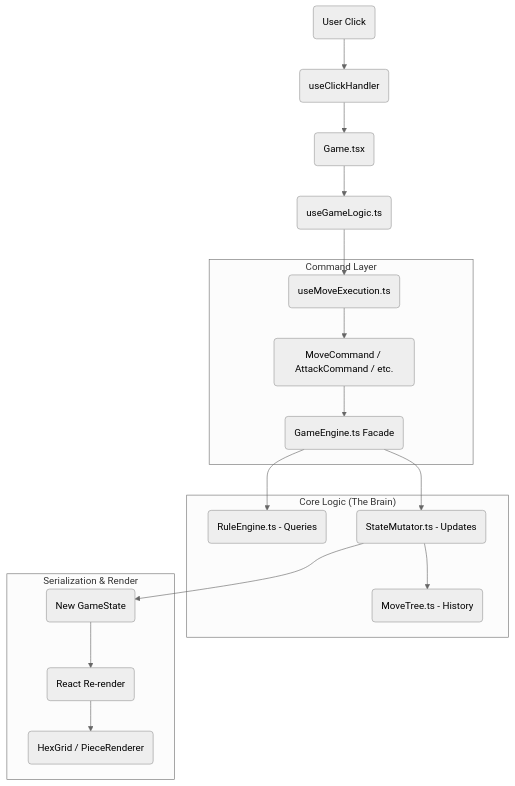
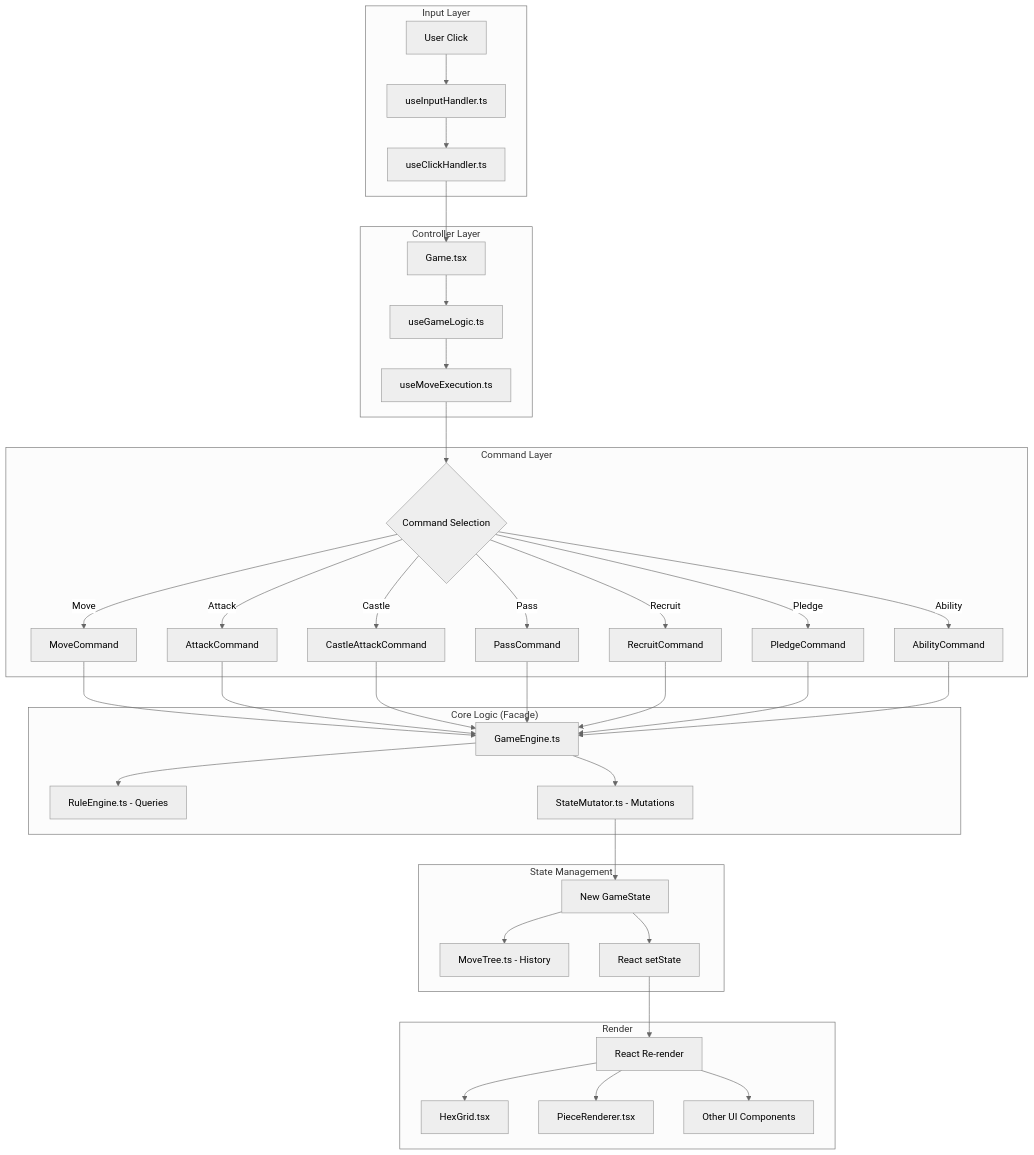
One commit to LiamLlamazares/Castles changed the first of 2 diagrams in info/ANALYSIS_ARCHITECTURE.md. Above: the diagram before and after it, drawn with Mermaid (neutral theme). The commit also changed other lines of this file and 4 other files, not shown here.

````diff
--- a/info/ANALYSIS_ARCHITECTURE.md
+++ b/info/ANALYSIS_ARCHITECTURE.md
@@ -46,24 +63,43 @@
 ```mermaid
 graph TD
-    User(User Click) --> InputHandler(useClickHandler)
-    InputHandler --> GameComp(Game.tsx)
-    GameComp --> LogicHook(useGameLogic.ts)
-    LogicHook --> MoveExec(useMoveExecution.ts)
+    subgraph "Input Layer"
+        User[User Click] --> InputHandler[useInputHandler.ts]
+        InputHandler --> ClickHandler[useClickHandler.ts]
+    end
+    
+    subgraph "Controller Layer"
+        ClickHandler --> GameComp[Game.tsx]
+        GameComp --> LogicHook[useGameLogic.ts]
+        LogicHook --> MoveExec[useMoveExecution.ts]
+    end
     
     subgraph "Command Layer"
-        MoveExec --> Cmd(MoveCommand / AttackCommand / etc.)
-        Cmd --> GE(GameEngine.ts Facade)
+        MoveExec --> Cmd{Command Selection}
+        Cmd --> |Move| MoveCMD[MoveCommand]
+        Cmd --> |Attack| AtkCMD[AttackCommand]
+        Cmd --> |Castle| CstCMD[CastleAttackCommand]
+        Cmd --> |Pass| PassCMD[PassCommand]
+        Cmd --> |Recruit| RecCMD[RecruitCommand]
+        Cmd --> |Pledge| PlgCMD[PledgeCommand]
+        Cmd --> |Ability| AbCMD[AbilityCommand]
     end
     
-    subgraph "Core Logic (The Brain)"
-        GE --> RuleEngine(RuleEngine.ts - Queries)
-        GE --> StateMutator(StateMutator.ts - Updates)
-        StateMutator --> MoveTree(MoveTree.ts - History)
+    subgraph "Core Logic (Facade)"
+        MoveCMD & AtkCMD & CstCMD & PassCMD & RecCMD & PlgCMD & AbCMD --> GE[GameEngine.ts]
+        GE --> RuleEngine[RuleEngine.ts - Queries]
+        GE --> StateMutator[StateMutator.ts - Mutations]
     end
     
-    subgraph "Serialization & Render"
-        StateMutator --> NewState(New GameState)
-        NewState --> ReactRender(React Re-render)
-        ReactRender --> UI(HexGrid / PieceRenderer)
+    subgraph "State Management"
+        StateMutator --> NewState[New GameState]
+        NewState --> MoveTree[MoveTree.ts - History]
+        NewState --> ReactState[React setState]
+    end
+    
+    subgraph "Render"
+        ReactState --> Rerender[React Re-render]
+        Rerender --> HexGrid[HexGrid.tsx]
+        Rerender --> PieceRenderer[PieceRenderer.tsx]
+        Rerender --> UI[Other UI Components]
     end
 ```
````
